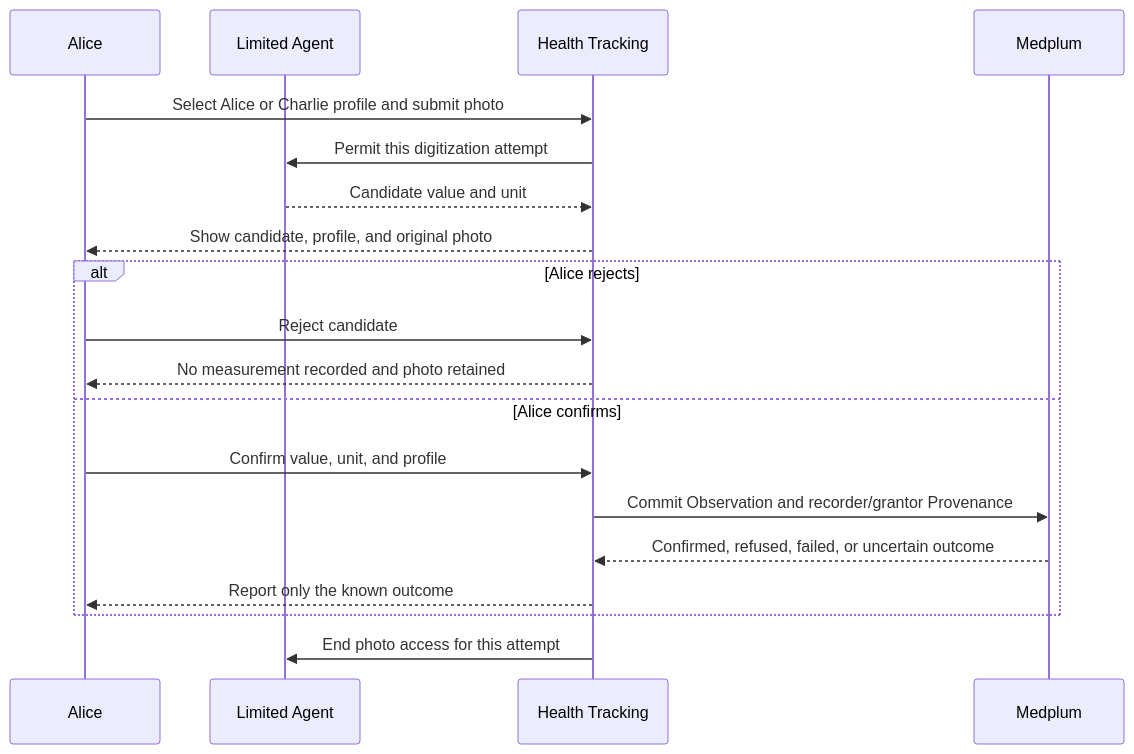
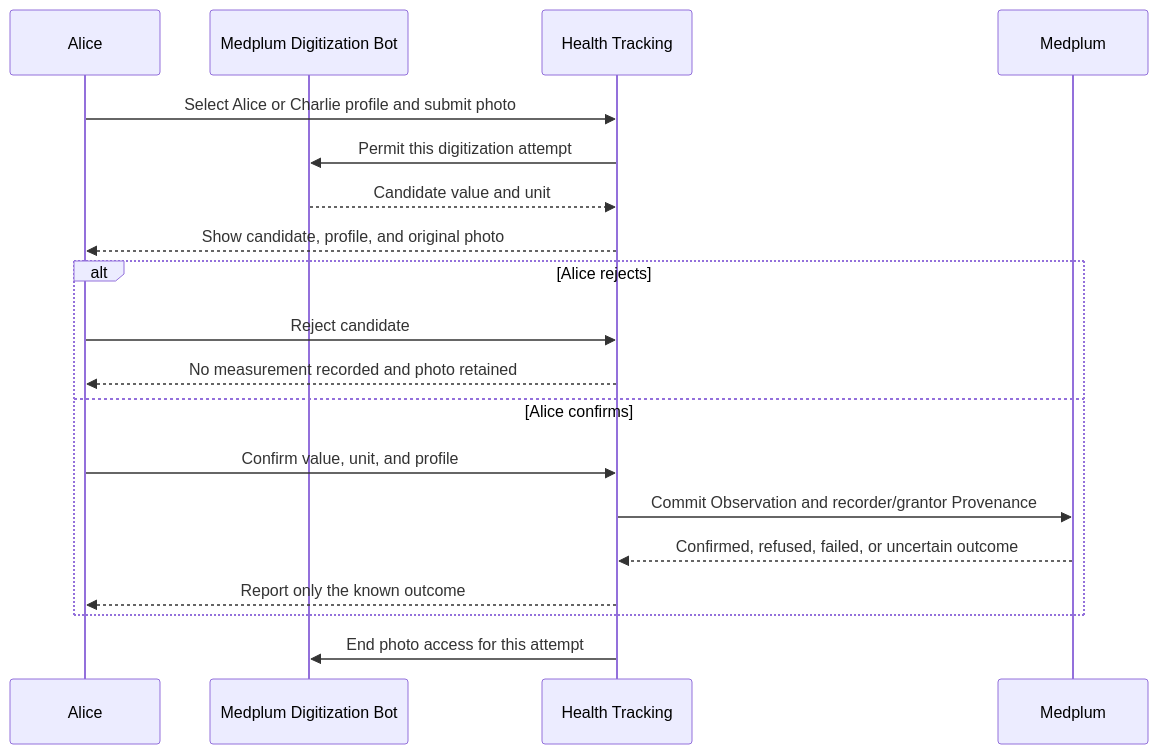
The second of 2 diagrams in examples/medplum-health-tracking/dhf/documents/design/health_tracking.md (ragavsathish/medplum), drawn with Mermaid before and after one commit. The commit also changed other lines of this file and 24 other files, not shown here.

Commit message:
refactor health tracking account acceptance flow

````diff
--- a/examples/medplum-health-tracking/dhf/documents/design/health_tracking.md
+++ b/examples/medplum-health-tracking/dhf/documents/design/health_tracking.md
@@ -117,22 +120,22 @@
 ```mermaid
 sequenceDiagram
     participant Alice
-    participant Agent as Limited Agent
+    participant Agent as Medplum Digitization Bot
     participant Tracking as Health Tracking
     participant Medplum
 
     Alice->>Tracking: Select Alice or Charlie profile and submit photo
     Tracking->>Agent: Permit this digitization attempt
     Agent-->>Tracking: Candidate value and unit
     Tracking-->>Alice: Show candidate, profile, and original photo
     alt Alice rejects
         Alice->>Tracking: Reject candidate
         Tracking-->>Alice: No measurement recorded and photo retained
     else Alice confirms
         Alice->>Tracking: Confirm value, unit, and profile
         Tracking->>Medplum: Commit Observation and recorder/grantor Provenance
         Medplum-->>Tracking: Confirmed, refused, failed, or uncertain outcome
         Tracking-->>Alice: Report only the known outcome
     end
     Tracking->>Agent: End photo access for this attempt
 ```
````
